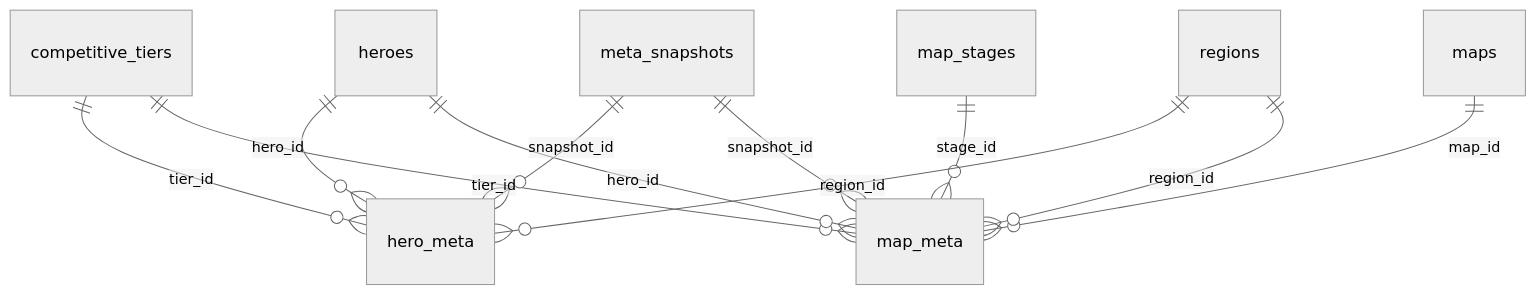
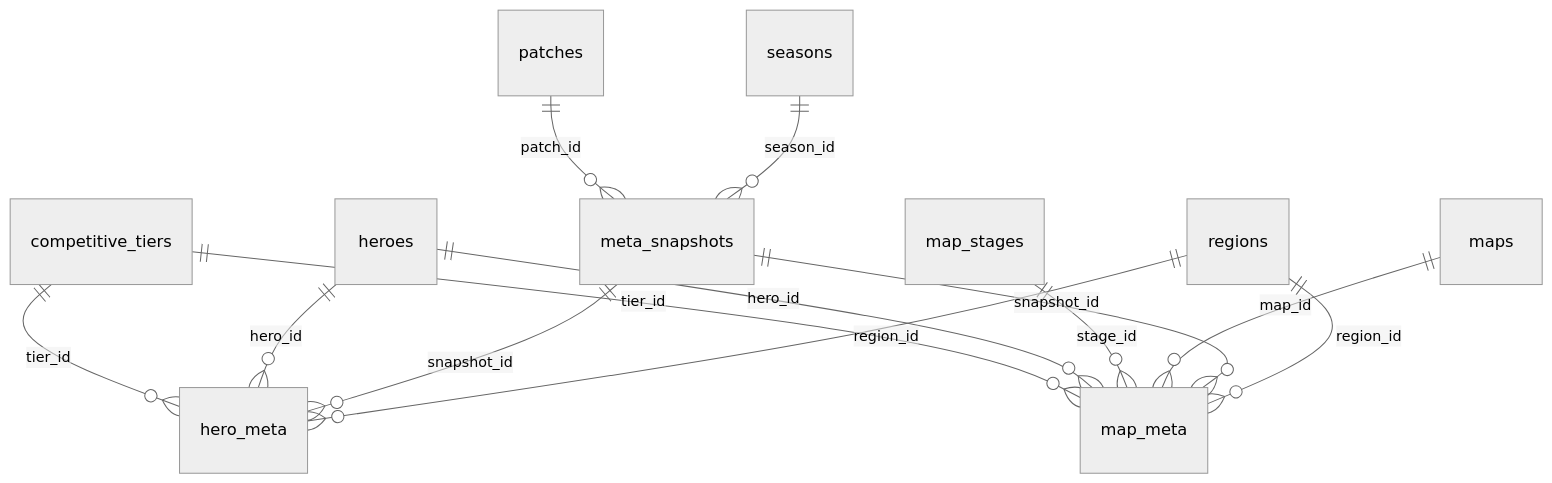
Before and after one commit to mmikol/overwatch-db: the third of 5 diagrams in docs/erd.md, drawn with Mermaid (neutral theme). The commit also changed other lines of this file and 15 other files, not shown here.

Commit message:
Adding patch nodes to deliniate snapshots

````diff
--- a/docs/erd.md
+++ b/docs/erd.md
@@ -62,13 +62,15 @@
 ```mermaid
 erDiagram
     competitive_tiers ||--o{ hero_meta : "tier_id"
     competitive_tiers ||--o{ map_meta : "tier_id"
     heroes ||--o{ hero_meta : "hero_id"
     heroes ||--o{ map_meta : "hero_id"
     map_stages ||--o{ map_meta : "stage_id"
     maps ||--o{ map_meta : "map_id"
     meta_snapshots ||--o{ hero_meta : "snapshot_id"
     meta_snapshots ||--o{ map_meta : "snapshot_id"
+    patches ||--o{ meta_snapshots : "patch_id"
     regions ||--o{ hero_meta : "region_id"
     regions ||--o{ map_meta : "region_id"
+    seasons ||--o{ meta_snapshots : "season_id"
 ```
````
